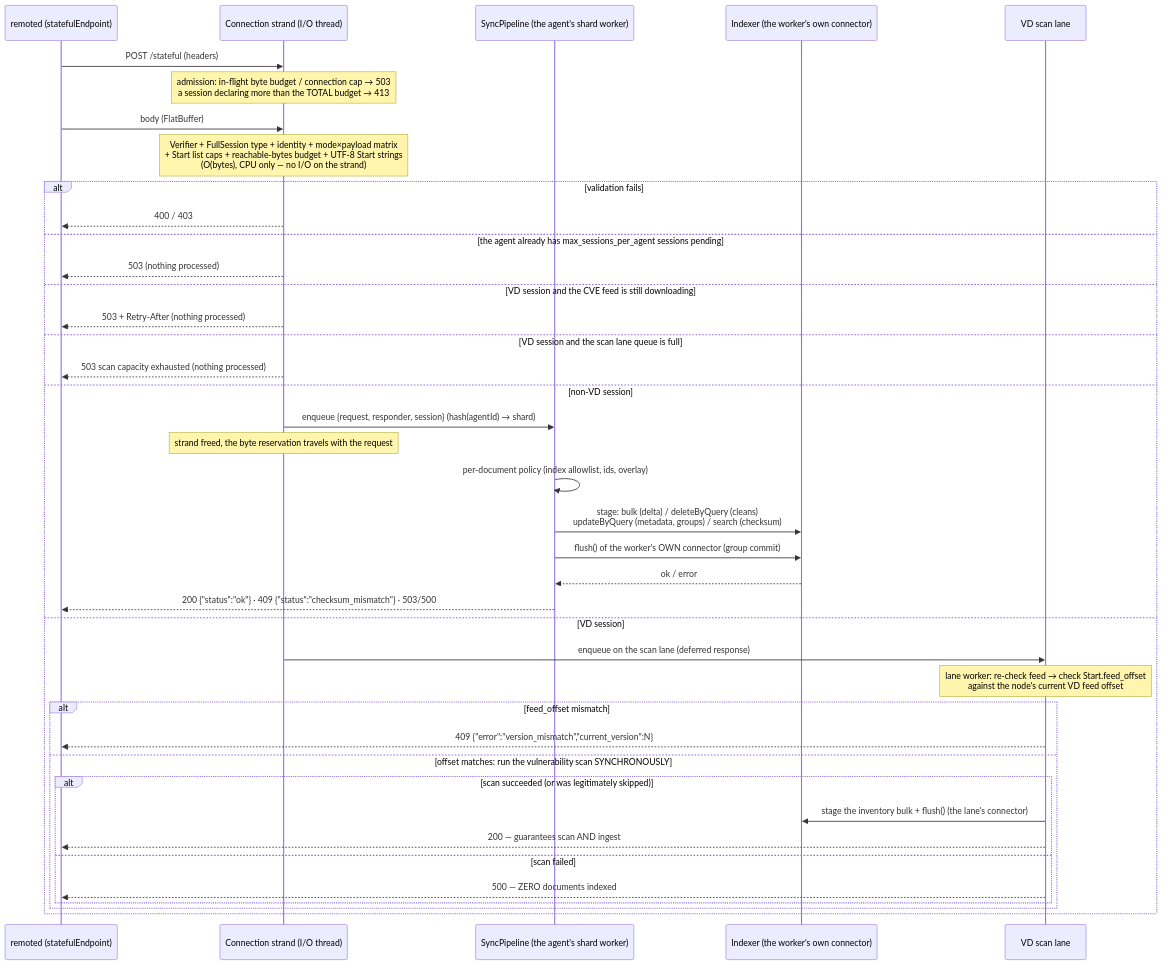
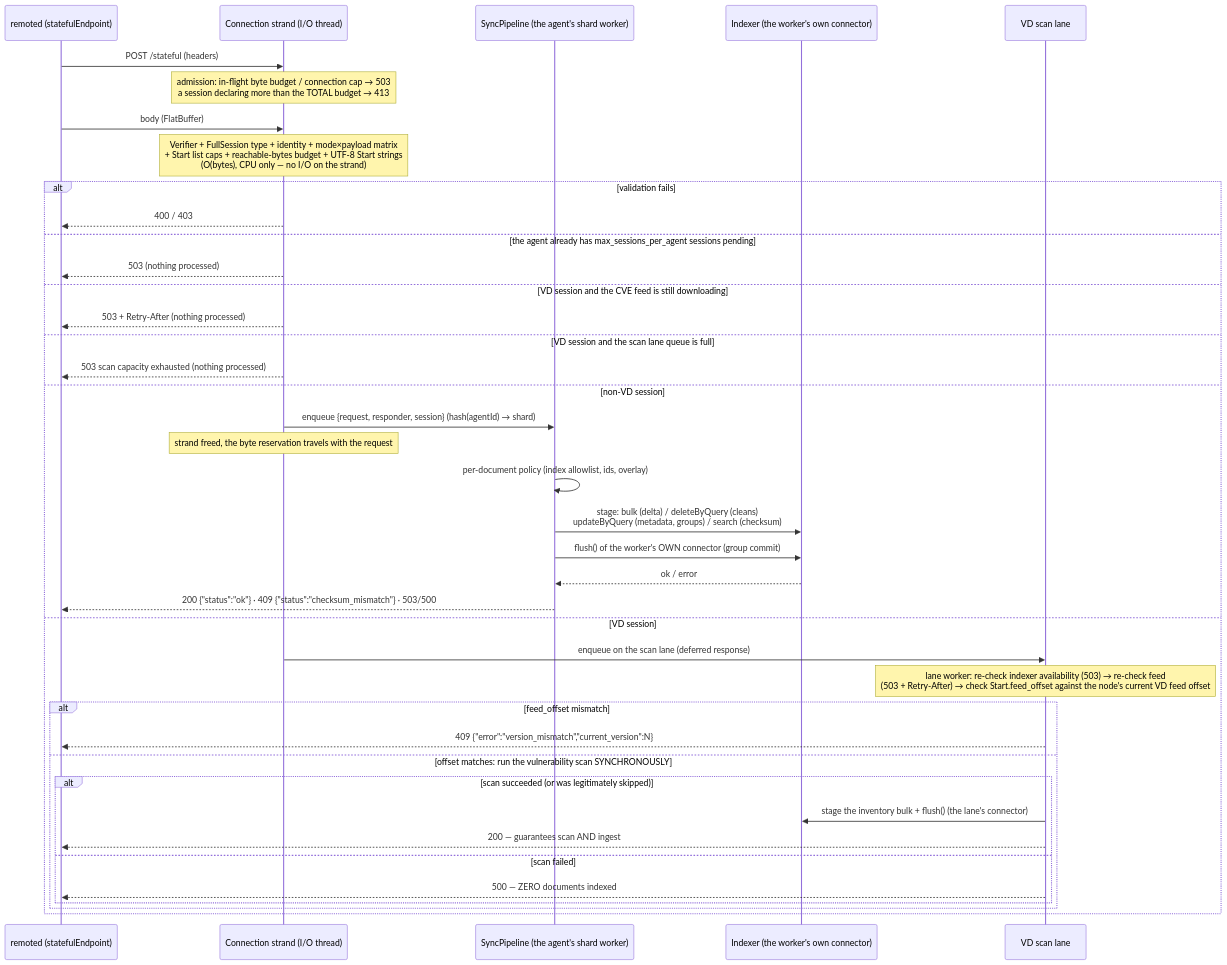
The second of 4 diagrams in docs/ref/modules/inventory-sync-server/architecture.md (wazuh/wazuh), drawn with Mermaid before and after one commit. The commit also changed other lines of this file and 244 other files, not shown here.

````diff
--- a/docs/ref/modules/inventory-sync-server/architecture.md
+++ b/docs/ref/modules/inventory-sync-server/architecture.md
@@ -58,42 +58,42 @@
 ```mermaid
 sequenceDiagram
     participant R as remoted (statefulEndpoint)
     participant S as Connection strand (I/O thread)
     participant Q as SyncPipeline (the agent's shard worker)
     participant IDX as Indexer (the worker's own connector)
     participant VQ as VD scan lane
     R->>S: POST /stateful (headers)
     Note over S: admission: in-flight byte budget / connection cap → 503<br/>a session declaring more than the TOTAL budget → 413
     R->>S: body (FlatBuffer)
     Note over S: Verifier + FullSession type + identity + mode×payload matrix<br/>+ Start list caps + reachable-bytes budget + UTF-8 Start strings<br/>(O(bytes), CPU only — no I/O on the strand)
     alt validation fails
         S-->>R: 400 / 403
     else the agent already has max_sessions_per_agent sessions pending
         S-->>R: 503 (nothing processed)
     else VD session and the CVE feed is still downloading
         S-->>R: 503 + Retry-After (nothing processed)
     else VD session and the scan lane queue is full
         S-->>R: 503 scan capacity exhausted (nothing processed)
     else non-VD session
         S->>Q: enqueue {request, responder, session} (hash(agentId) → shard)
         Note over S: strand freed, the byte reservation travels with the request
         Q->>Q: per-document policy (index allowlist, ids, overlay)
         Q->>IDX: stage: bulk (delta) / deleteByQuery (cleans)<br/>updateByQuery (metadata, groups) / search (checksum)
         Q->>IDX: flush() of the worker's OWN connector (group commit)
         IDX-->>Q: ok / error
         Q-->>R: 200 {"status":"ok"} · 409 {"status":"checksum_mismatch"} · 503/500
     else VD session
         S->>VQ: enqueue on the scan lane (deferred response)
-        Note over VQ: lane worker: re-check feed → check Start.feed_offset<br/>against the node's current VD feed offset
+        Note over VQ: lane worker: re-check indexer availability (503) → re-check feed<br/>(503 + Retry-After) → check Start.feed_offset against the node's current VD feed offset
         alt feed_offset mismatch
             VQ-->>R: 409 {"error":"version_mismatch","current_version":N}
         else offset matches: run the vulnerability scan SYNCHRONOUSLY
             alt scan succeeded (or was legitimately skipped)
                 VQ->>IDX: stage the inventory bulk + flush() (the lane's connector)
                 VQ-->>R: 200 — guarantees scan AND ingest
             else scan failed
                 VQ-->>R: 500 — ZERO documents indexed
             end
         end
     end
 ```
````
